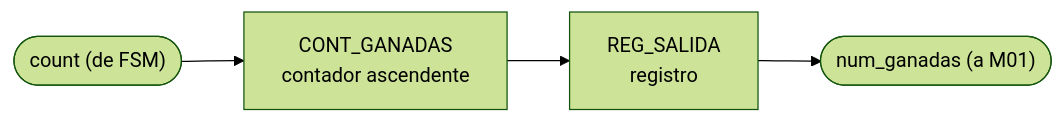
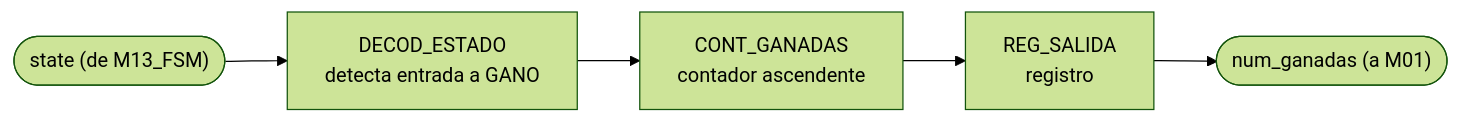
Before and after one commit to Taller-de-diseno-digital-GR01/Proyecto-2-Ahorcado: the seventh of 14 diagrams in docs/diseño/diagramas/nivel03.md, drawn with Mermaid (forest theme). The commit also changed other lines of this file and 1 other file, not shown here.

Commit message:
nivel03: agregar M13_FSM, los demas modulos ahora decodifican state

````diff
--- a/docs/diseño/diagramas/nivel03.md
+++ b/docs/diseño/diagramas/nivel03.md
@@ -298,6 +319,7 @@
 ```mermaid
 flowchart LR
-    IN_COUNT(["count (de FSM)"]) --> CNT1["CONT_GANADAS<br/>contador ascendente"]
+    IN_STATE(["state (de M13_FSM)"]) --> DEC_ST["DECOD_ESTADO<br/>detecta entrada a GANO"]
+    DEC_ST --> CNT1["CONT_GANADAS<br/>contador ascendente"]
     CNT1 --> REG_OUT["REG_SALIDA<br/>registro"]
     REG_OUT --> OUT_WIN(["num_ganadas (a M01)"])
 ```
````
